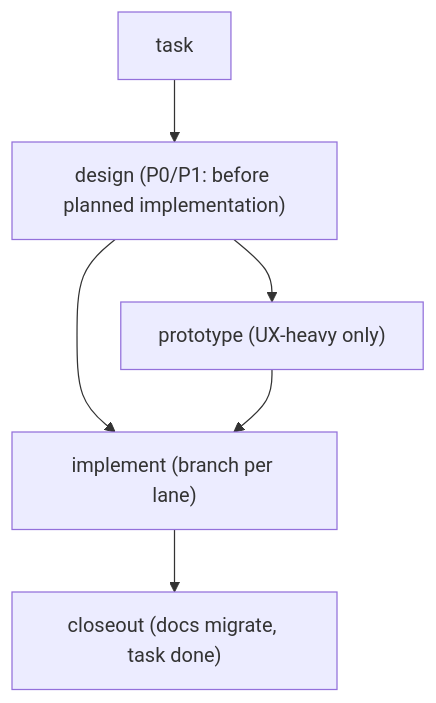
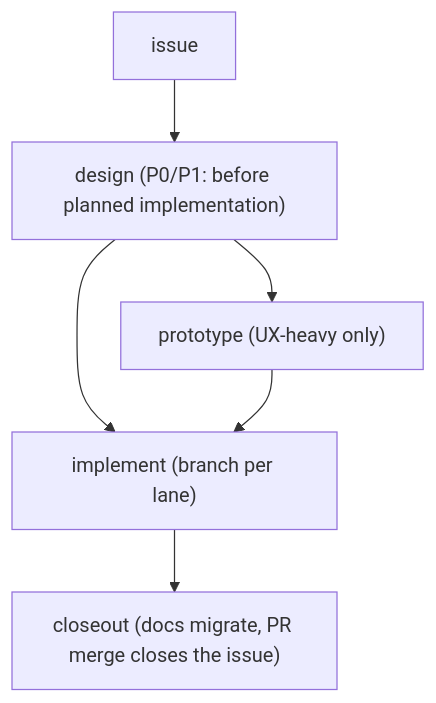
Before and after one commit to jak-pan/house-rules: the diagram in skills/design-flow/SKILL.md, drawn with Mermaid. The commit also changed other lines of this file and 19 other files, not shown here.

````diff
--- a/skills/design-flow/SKILL.md
+++ b/skills/design-flow/SKILL.md
@@ -14,8 +13,8 @@
 ```mermaid
 flowchart TD
-  task --> design["design (P0/P1: before planned implementation)"]
+  issue --> design["design (P0/P1: before planned implementation)"]
   design --> prototype["prototype (UX-heavy only)"]
   design --> implement
   prototype --> implement["implement (branch per lane)"]
-  implement --> closeout["closeout (docs migrate, task done)"]
+  implement --> closeout["closeout (docs migrate, PR merge closes the issue)"]
 ```
````
